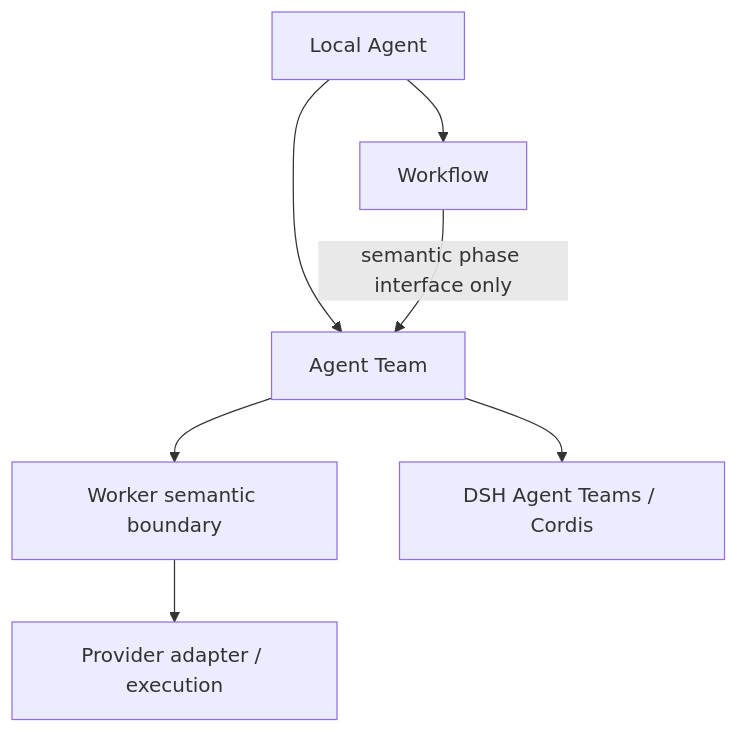
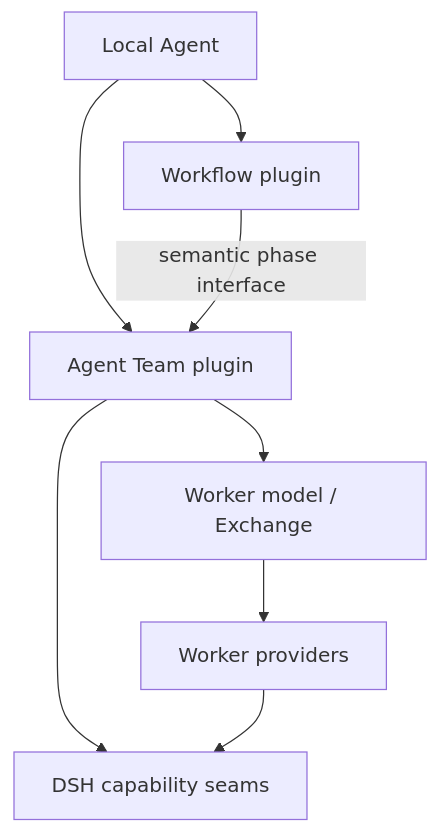
One commit to tsuuanmi/AgentOS changed the third of 6 diagrams in docs/architecture/README.md. Above: the diagram before and after it, drawn with Mermaid. The commit also changed other lines of this file, not shown here.

Commit message:
docs: make plugins and Worker providers canonical

```diff
--- a/docs/architecture/README.md
+++ b/docs/architecture/README.md
@@ -151,16 +195,17 @@
 ~~~mermaid
 flowchart TD
     Local[Local Agent]
-    Workflow[Workflow]
-    Team[Agent Team]
-    Worker[Worker semantic boundary]
-    DSH[DSH Agent Teams / Cordis]
-    Provider[Provider adapter / execution]
+    Workflow[Workflow plugin]
+    Team[Agent Team plugin]
+    Worker[Worker model / Exchange]
+    Seam[DSH capability seams]
+    Provider[Worker providers]
 
     Local --> Workflow
     Local --> Team
-    Workflow -->|semantic phase interface only| Team
+    Workflow -->|semantic phase interface| Team
     Team --> Worker
-    Team --> DSH
+    Team --> Seam
     Worker --> Provider
+    Provider --> Seam
 ~~~
```
